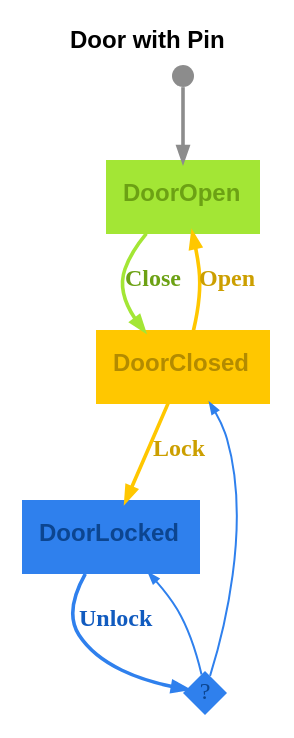
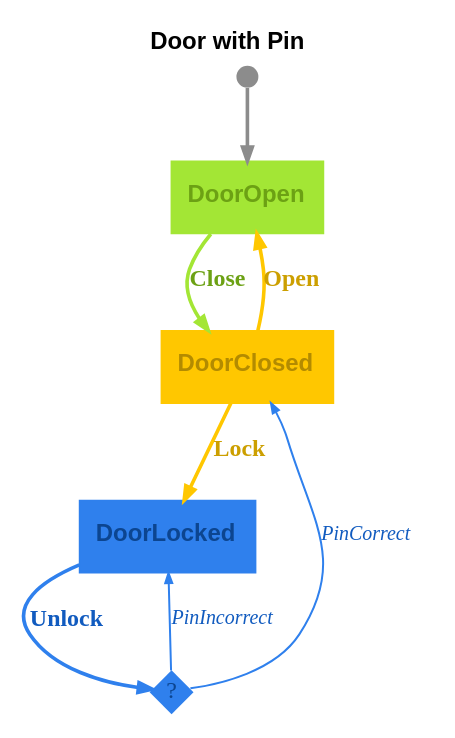
The diagram in graphs/door-with-pin-light.dot (m-bock/purescript-transit), drawn with Graphviz before and after one commit. The commit also changed 17 other files, not shown here.

Commit message:
Remove Door with Alarm example and associated files, including tests, graphs, and documentation updates. Refactor Door with Pin example to enhance clarity in state transitions and improve visual representation in diagrams.

```diff
--- a/graphs/door-with-pin-light.dot
+++ b/graphs/door-with-pin-light.dot
@@ -1,16 +1,16 @@
 digraph 
 {
 rankdir = "TD";fontname = "Arial";label = <<b>Door with Pin</b>>;labelloc = "t";fontsize = 12;bgcolor = "#ffffff";color = "#000000";fontcolor = "#000000"
 DoorOpen [shape = "box", label = <<b>DoorOpen</b>>, fontsize = 12, style = "filled", fillcolor = "#a3e635", fontcolor = "#6ca114", color = "#a3e635", fontname = "Arial", labelloc = "c", penwidth = 1.0]
 __Start__ [shape = "circle", label = "", width = 0.15, height = 0.15, fixedsize = true, style = "filled", fillcolor = "#8c8c8c", penwidth = 0.0]
 __Start__ -> DoorOpen [color = "#8c8c8c", fontsize = 12, arrowsize = "0.7", penwidth = 1.8]
 DoorOpen -> DoorClosed [color = "#a3e635", fontcolor = "#6ca114", fontsize = 12, arrowsize = "0.7", label = <<b>Close</b>>, penwidth = 1.8]
 DoorClosed [shape = "box", label = <<b>DoorClosed</b>>, fontsize = 12, style = "filled", fillcolor = "#ffc700", fontcolor = "#b38b00", color = "#ffc700", fontname = "Arial", labelloc = "c", penwidth = 1.0]
 DoorClosed -> DoorOpen [color = "#ffc700", fontcolor = "#cc9f00", fontsize = 12, arrowsize = "0.7", label = <<b>Open</b>>, penwidth = 1.8]
 DoorClosed -> DoorLocked [color = "#ffc700", fontcolor = "#cc9f00", fontsize = 12, arrowsize = "0.7", label = <<b>Lock</b>>, penwidth = 1.8]
 DoorLocked [shape = "box", label = <<b>DoorLocked</b>>, fontsize = 12, style = "filled", fillcolor = "#2f80ed", fontcolor = "#0c4590", color = "#2f80ed", fontname = "Arial", labelloc = "c", penwidth = 1.0]
 decision_DoorLocked_Unlock [shape = "diamond", label = "?", fontsize = 12, fontcolor = "#0c4590", style = "filled", fillcolor = "#2f80ed", penwidth = 0.0, fixedsize = true, width = 0.3, height = 0.3]
 DoorLocked -> decision_DoorLocked_Unlock [color = "#2f80ed", fontcolor = "#115bbf", fontsize = 12, arrowsize = "0.7", label = <<b>Unlock</b>>, penwidth = 1.8]
-decision_DoorLocked_Unlock -> DoorLocked [color = "#2f80ed", fontcolor = "#115bbf", fontsize = 10, arrowsize = "0.5", penwidth = 1.8, penwidth = 1.0]
-decision_DoorLocked_Unlock -> DoorClosed [color = "#2f80ed", fontcolor = "#115bbf", fontsize = 10, arrowsize = "0.5", penwidth = 1.8, penwidth = 1.0]
+decision_DoorLocked_Unlock -> DoorLocked [color = "#2f80ed", fontcolor = "#115bbf", fontsize = 10, arrowsize = "0.5", label = <<i>PinIncorrect</i>>, penwidth = 1.8, penwidth = 1.0]
+decision_DoorLocked_Unlock -> DoorClosed [color = "#2f80ed", fontcolor = "#115bbf", fontsize = 10, arrowsize = "0.5", label = <<i>PinCorrect</i>>, penwidth = 1.8, penwidth = 1.0]
 }
```
